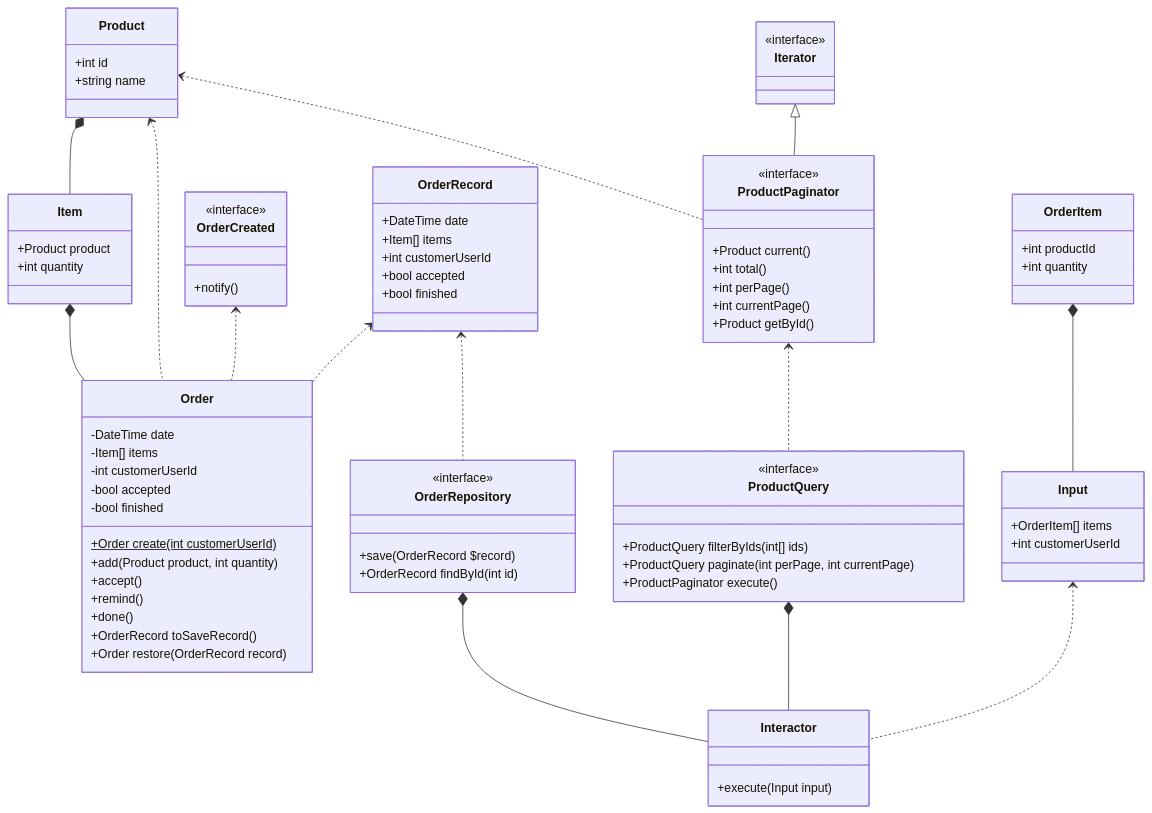
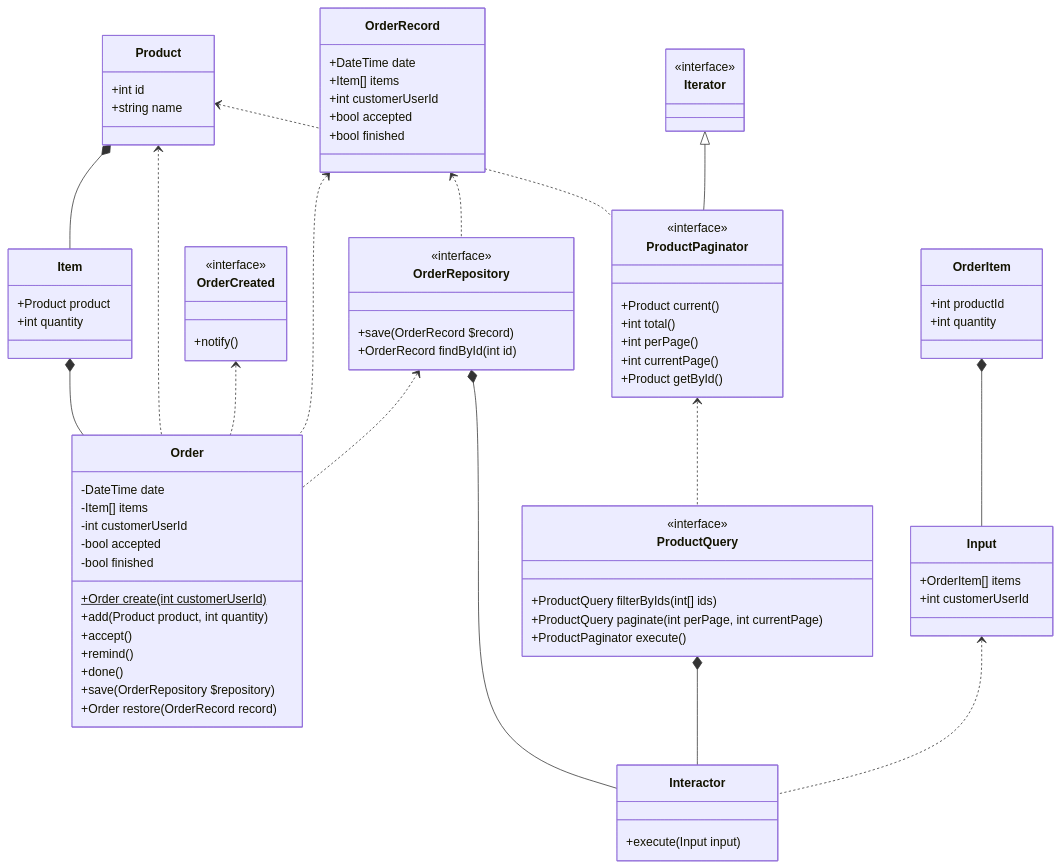
Before and after one commit to youhei-ushio/nicoshop: the diagram in README.md, drawn with Mermaid.

Commit message:
fix save interface

```diff
--- a/README.md
+++ b/README.md
@@ -14,6 +14,7 @@
     Product <.. Order
     OrderCreated <.. Order
     OrderRecord <.. Order
+    OrderRepository <.. Order
     class Product{
       +int id
       +string name
@@ -34,7 +35,7 @@
       +accept()
       +remind()
       +done()
-      +OrderRecord toSaveRecord()
+      +save(OrderRepository $repository)
       +Order restore(OrderRecord record)
     }
     class OrderCreated{
@@ -48,7 +49,12 @@
       +bool accepted
       +bool finished
     }
-    
+    class OrderRepository{
+      <<interface>>
+      +save(OrderRecord $record)
+      +OrderRecord findById(int id) 
+    }
+
     OrderRepository *-- Interactor
     OrderRecord <.. OrderRepository
     ProductQuery *-- Interactor
@@ -68,11 +74,6 @@
       +int productId
       +int quantity
     }
-    class OrderRepository{
-      <<interface>>
-      +save(OrderRecord $record)
-      +OrderRecord findById(int id) 
-    }
     class ProductQuery{
       <<interface>>
       +ProductQuery filterByIds(int[] ids)
```
